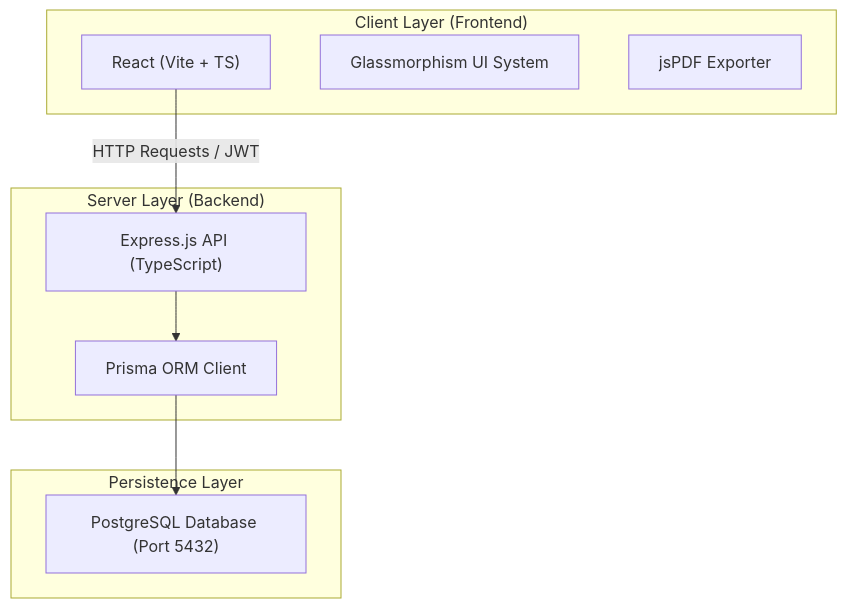
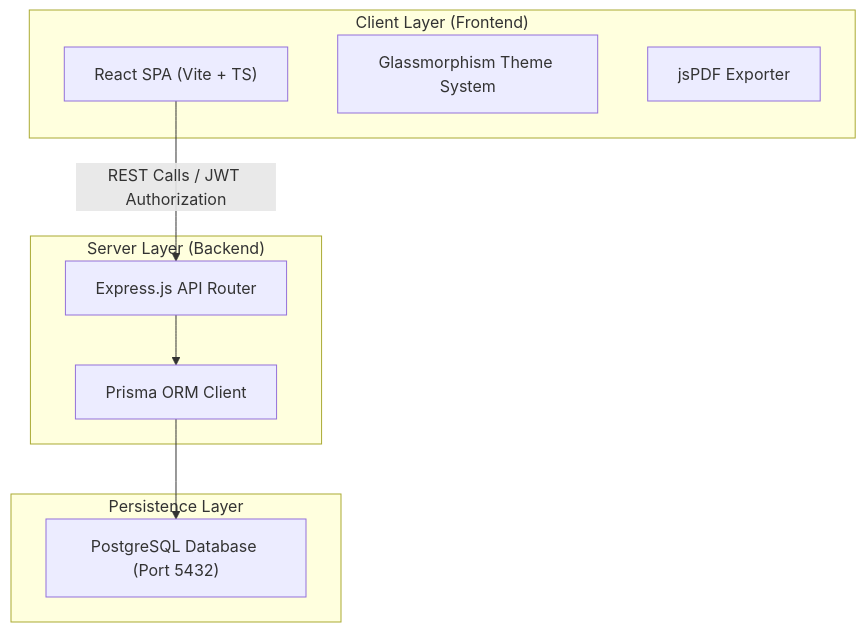
Before and after one commit to Ojasvimishra/Mini-ERP-CRM-Operations-Portal-Documentation: the diagram in README.md, drawn with Mermaid. The commit also changed other lines of this file, not shown here.

````diff
--- a/README.md
+++ b/README.md
@@ -30,21 +40,21 @@
 ```mermaid
 graph TD
     subgraph Client ["Client Layer (Frontend)"]
-        React["React (Vite + TS)"]
-        CSS["Glassmorphism UI System"]
+        React["React SPA (Vite + TS)"]
+        CSS["Glassmorphism Theme System"]
         PDF["jsPDF Exporter"]
     end
 
     subgraph Server ["Server Layer (Backend)"]
-        Express["Express.js API (TypeScript)"]
+        Express["Express.js API Router"]
         Prisma["Prisma ORM Client"]
     end
 
     subgraph Database ["Persistence Layer"]
         Postgres["PostgreSQL Database (Port 5432)"]
     end
 
-    React -->|HTTP Requests / JWT| Express
+    React -->|REST Calls / JWT Authorization| Express
     Express --> Prisma
     Prisma --> Postgres
 ```
````
